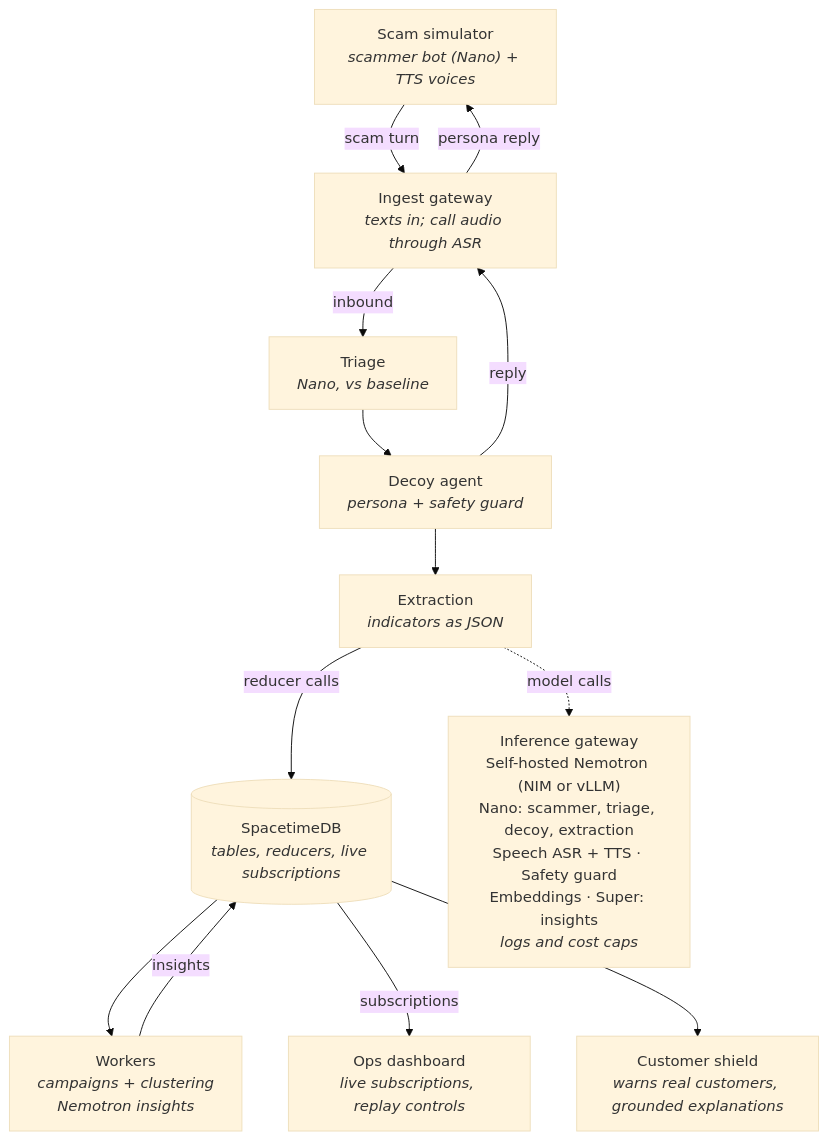
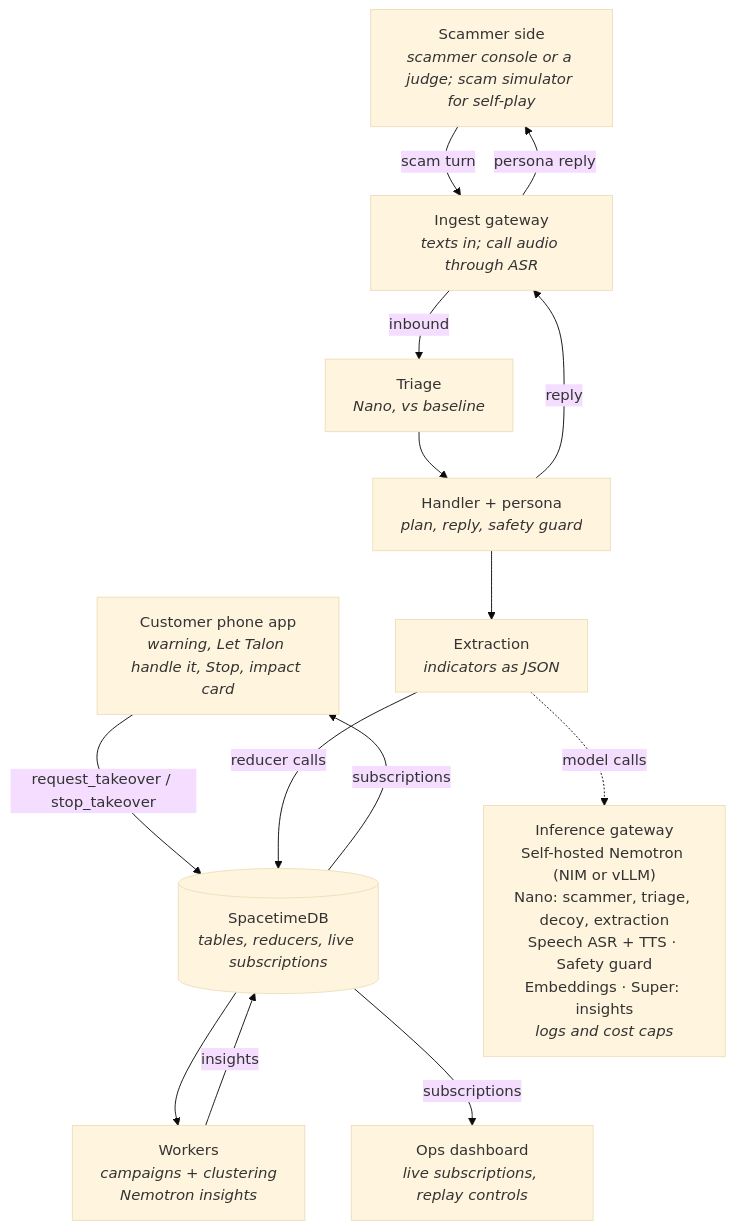
The first of 2 diagrams in docs/ARCHITECTURE.md (AbdullahMoghal/Talon), drawn with Mermaid (base theme) before and after one commit. The commit also changed other lines of this file and 5 other files, not shown here.

First line of the commit message:
Add takeover runtime schema and adopt the pivot in the docs

````diff
--- a/docs/ARCHITECTURE.md
+++ b/docs/ARCHITECTURE.md
@@ -9,15 +11,16 @@
 ```mermaid
 flowchart TB
-    S["Scam simulator<br/><i>scammer bot (Nano) + TTS voices</i>"] -- scam turn --> I["Ingest gateway<br/><i>texts in; call audio through ASR</i>"]
+    P["Customer phone app<br/><i>warning, Let Talon handle it, Stop, impact card</i>"] -- request_takeover / stop_takeover --> DB
+    S["Scammer side<br/><i>scammer console or a judge; scam simulator for self-play</i>"] -- scam turn --> I["Ingest gateway<br/><i>texts in; call audio through ASR</i>"]
     I -- persona reply --> S
     I -- inbound --> T["Triage<br/><i>Nano, vs baseline</i>"]
-    T --> D["Decoy agent<br/><i>persona + safety guard</i>"]
+    T --> D["Handler + persona<br/><i>plan, reply, safety guard</i>"]
     D -- reply --> I
     D --> X["Extraction<br/><i>indicators as JSON</i>"]
     X -- reducer calls --> DB[("SpacetimeDB<br/><i>tables, reducers, live subscriptions</i>")]
     DB --> W["Workers<br/><i>campaigns + clustering<br/>Nemotron insights</i>"]
     W -- insights --> DB
     DB -- subscriptions --> O["Ops dashboard<br/><i>live subscriptions, replay controls</i>"]
-    DB --> CS["Customer shield<br/><i>warns real customers, grounded explanations</i>"]
+    DB -- subscriptions --> P
     X -. model calls .-> G["Inference gateway<br/>Self-hosted Nemotron (NIM or vLLM)<br/>Nano: scammer, triage, decoy, extraction<br/>Speech ASR + TTS · Safety guard<br/>Embeddings · Super: insights<br/><i>logs and cost caps</i>"]
 ```
````
